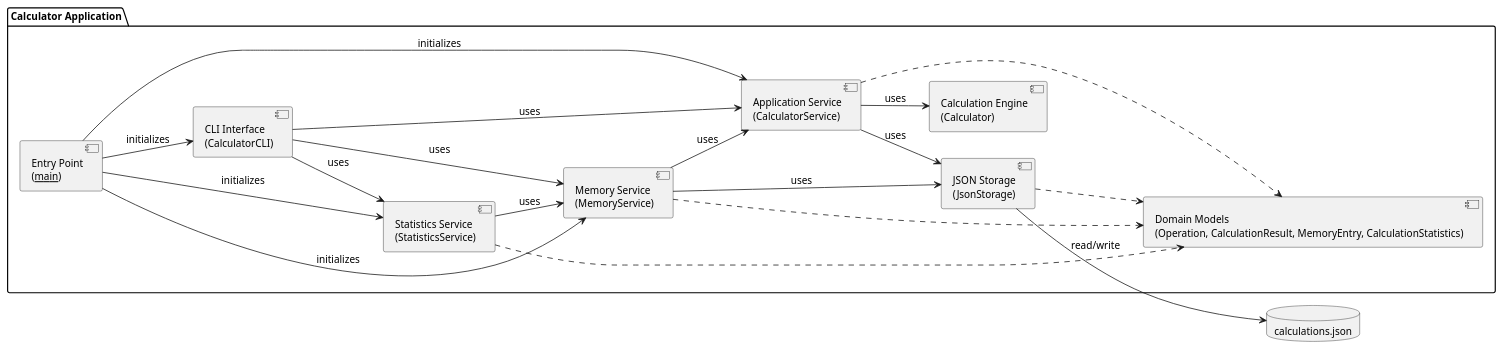
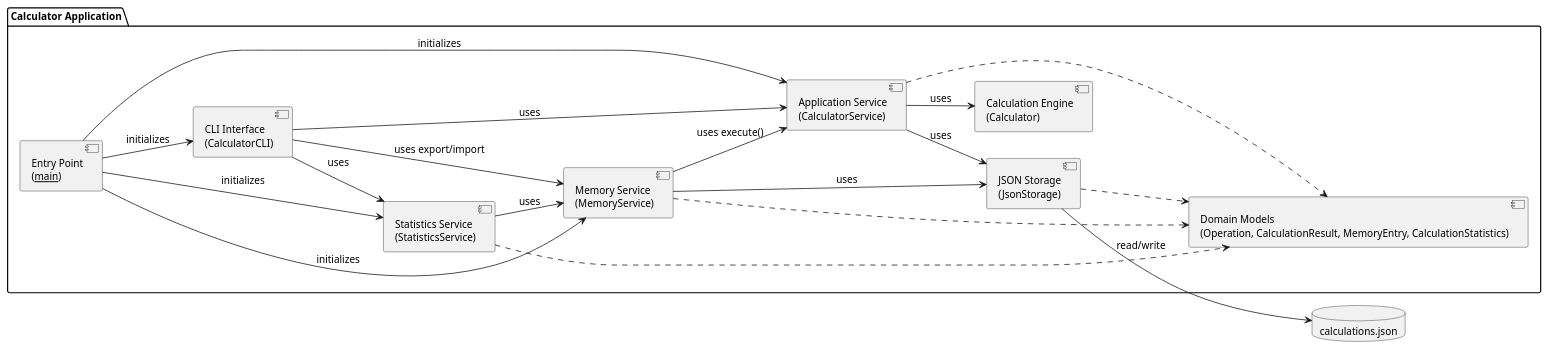
One commit to DanielRiha8906/Software_autoevolution_using_agents changed the diagram in experiments/supervisor_as_tools/user_stories/calculator/artifacts/component_diagram.puml. Above: the diagram before and after it, drawn with PlantUML. The commit also changed 9 other files, not shown here.

First line of the commit message:
task 09: Establish clear layer boundaries in calculator architecture

```diff
--- a/experiments/supervisor_as_tools/user_stories/calculator/artifacts/component_diagram.puml
+++ b/experiments/supervisor_as_tools/user_stories/calculator/artifacts/component_diagram.puml
@@ -1,42 +1,42 @@
 @startuml component_diagram
 
 skinparam componentStyle uml2
 skinparam defaultFontSize 13
 left to right direction
 
 package "Calculator Application" {
 
     component "Entry Point\n(__main__)" as Main
     component "CLI Interface\n(CalculatorCLI)" as CLI
     component "Application Service\n(CalculatorService)" as Service
     component "Memory Service\n(MemoryService)" as MemService
     component "Statistics Service\n(StatisticsService)" as StatService
     component "Calculation Engine\n(Calculator)" as Calc
     component "JSON Storage\n(JsonStorage)" as Store
     component "Domain Models\n(Operation, CalculationResult, MemoryEntry, CalculationStatistics)" as Models
 
     Main --> CLI : initializes
     Main --> Service : initializes
     Main --> MemService : initializes
     Main --> StatService : initializes
 
     CLI --> Service : uses
-    CLI --> MemService : uses
+    CLI --> MemService : uses export/import
     CLI --> StatService : uses
     Service --> Calc : uses
     Service --> Store : uses
-    MemService --> Service : uses
+    MemService --> Service : uses execute()
     MemService --> Store : uses
     StatService --> MemService : uses
 
     Service ..> Models
     MemService ..> Models
     StatService ..> Models
     Store ..> Models
 }
 
 database "calculations.json" as DB
 
 Store --> DB : read/write
 
 @enduml
```
